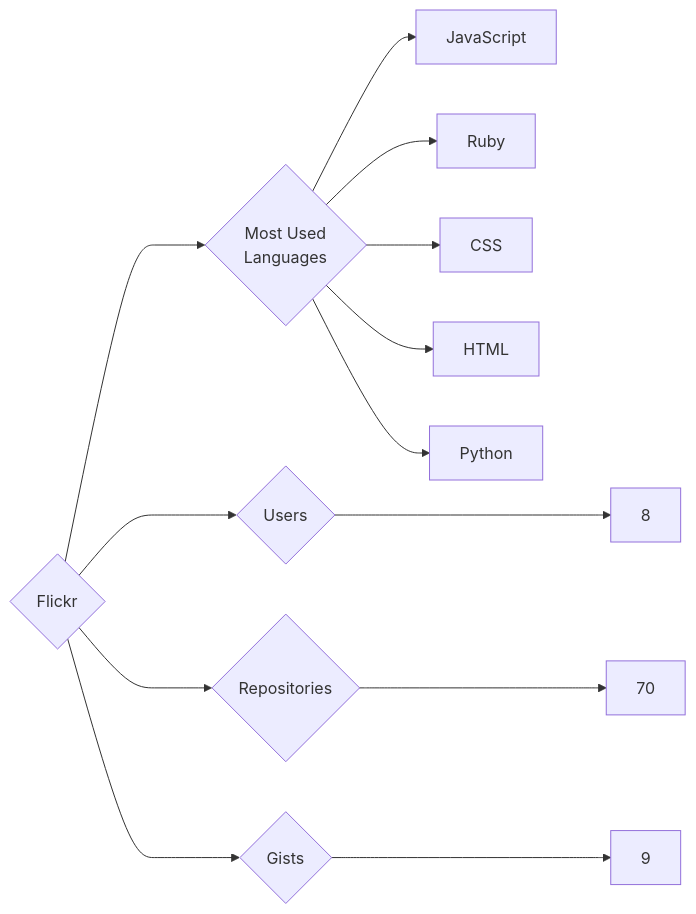
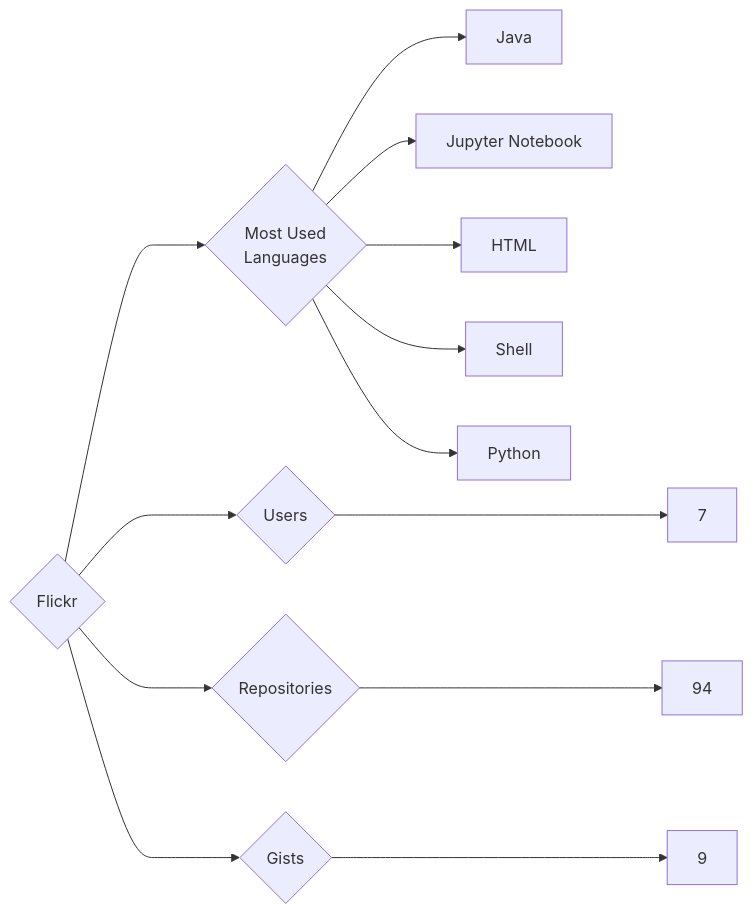
One commit to trickest/insiders changed the diagram in targets/Flickr/README.md. Above: the diagram before and after it, drawn with Mermaid. The commit also changed 1170 other files, not shown here.

````diff
--- a/targets/Flickr/README.md
+++ b/targets/Flickr/README.md
@@ -3,13 +3,13 @@
 ```mermaid
 graph LR
 COMPANY_NAME{Flickr}
-COMPANY_NAME ---> U{Users} ---> UN[8]
-COMPANY_NAME ---> R{Repositories} ---> RN[70]
+COMPANY_NAME ---> U{Users} ---> UN[7]
+COMPANY_NAME ---> R{Repositories} ---> RN[94]
 COMPANY_NAME ---> G{Gists} ---> GN[9]
 COMPANY_NAME ---> ML{Most Used<br>Languages}
-ML --> JavaScript[JavaScript]
-ML --> Ruby[Ruby]
-ML --> CSS[CSS]
+ML --> Java[Java]
+ML --> Jupyter_Notebook[Jupyter Notebook]
 ML --> HTML[HTML]
+ML --> Shell[Shell]
 ML --> Python[Python]
 ```
````
